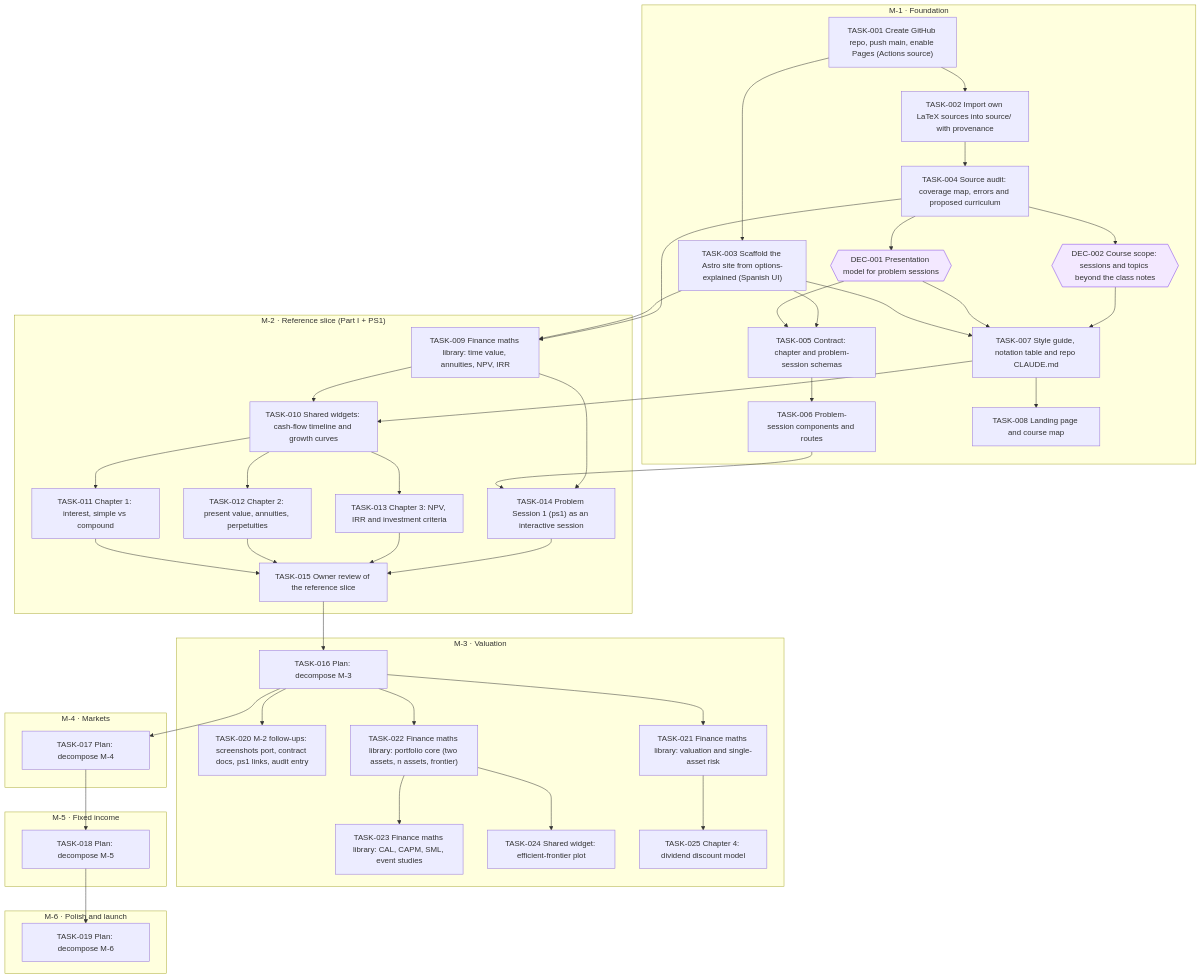
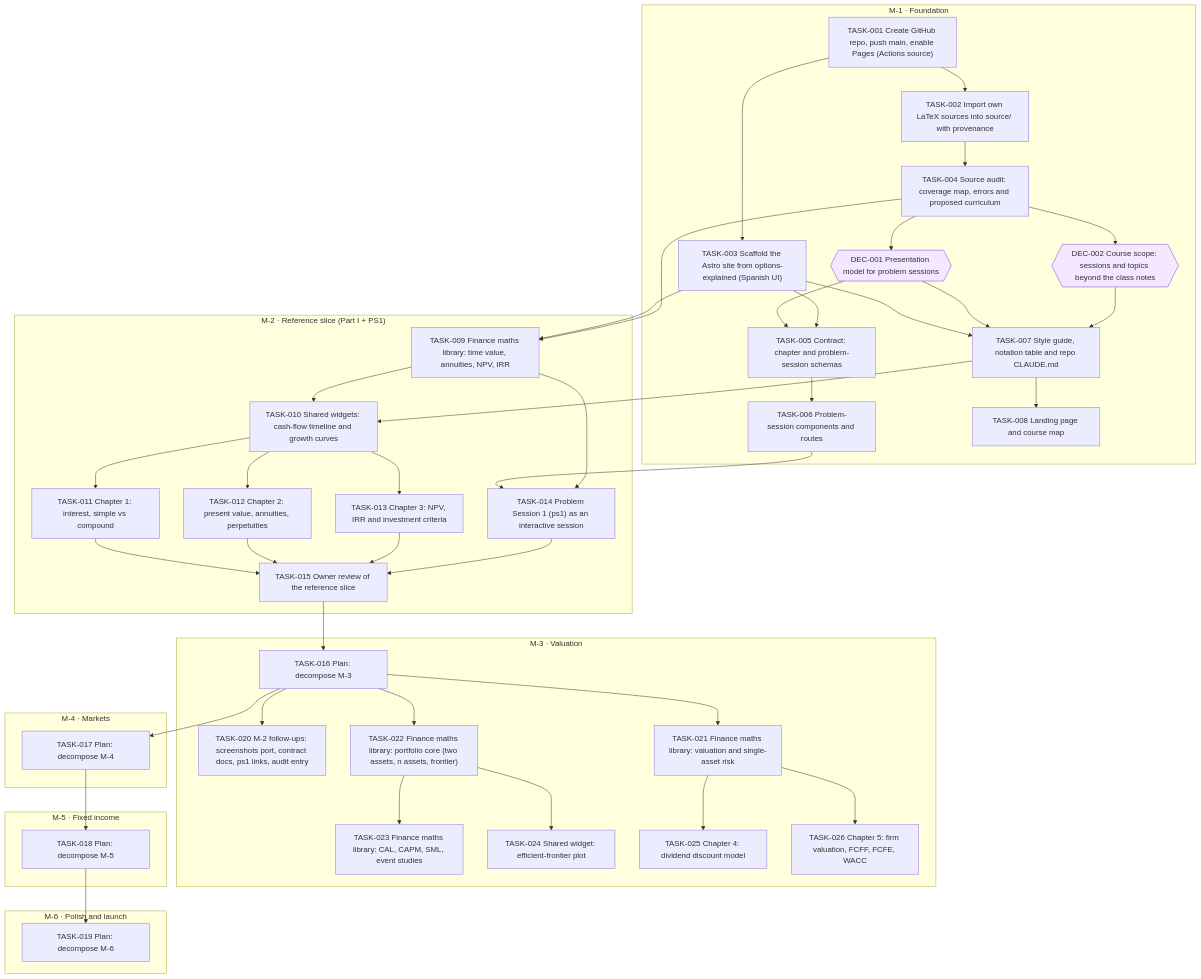
The diagram in goals/course-site/README.md (jesusvillota/economia-financiera), drawn with Mermaid before and after one commit. The commit also changed 1 other file, not shown here.

Commit message:
goal(course-site): add TASK-026 Chapter 5: firm valuation, FCFF, FCFE, WACC

```diff
--- a/goals/course-site/README.md
+++ b/goals/course-site/README.md
@@ -63,6 +63,7 @@
     TASK_023["TASK-023 Finance maths library: CAL, CAPM, SML, event studies"]
     TASK_024["TASK-024 Shared widget: efficient-frontier plot"]
     TASK_025["TASK-025 Chapter 4: dividend discount model"]
+    TASK_026["TASK-026 Chapter 5: firm valuation, FCFF, FCFE, WACC"]
   end
   subgraph M_4["M-4 · Markets"]
     TASK_017["TASK-017 Plan: decompose M-4"]
@@ -108,6 +109,7 @@
   TASK_022 --> TASK_023
   TASK_022 --> TASK_024
   TASK_021 --> TASK_025
+  TASK_021 --> TASK_026
   classDef draft stroke-dasharray: 4 3
   classDef cancelled opacity:0.45
   classDef decision fill:#f3e8ff,stroke:#7c3aed
```
